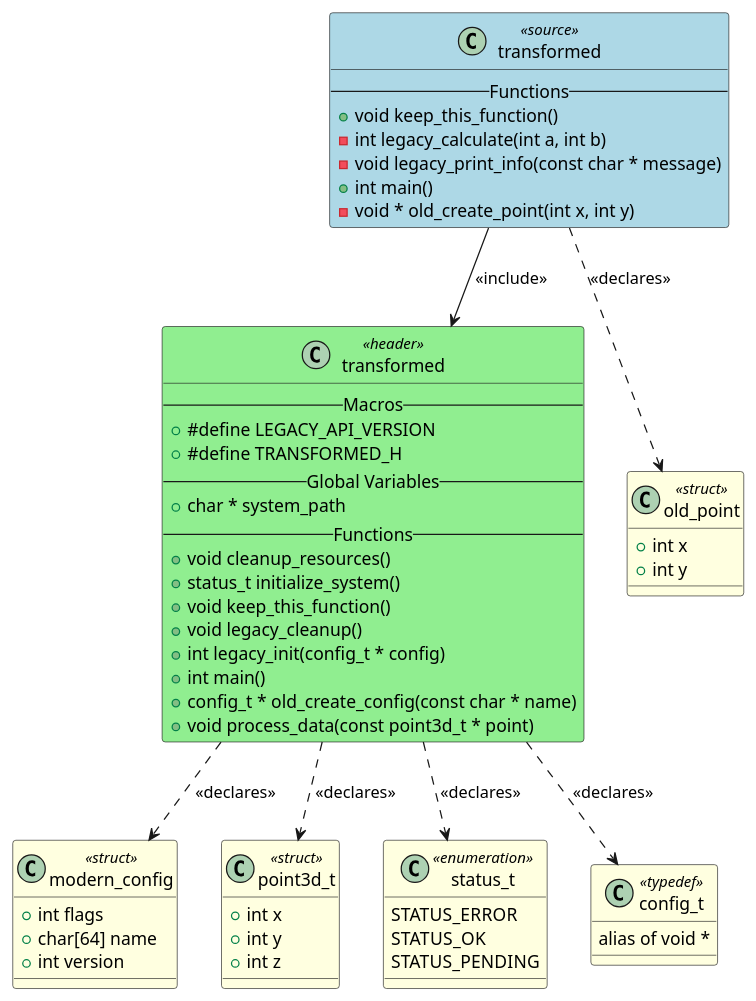
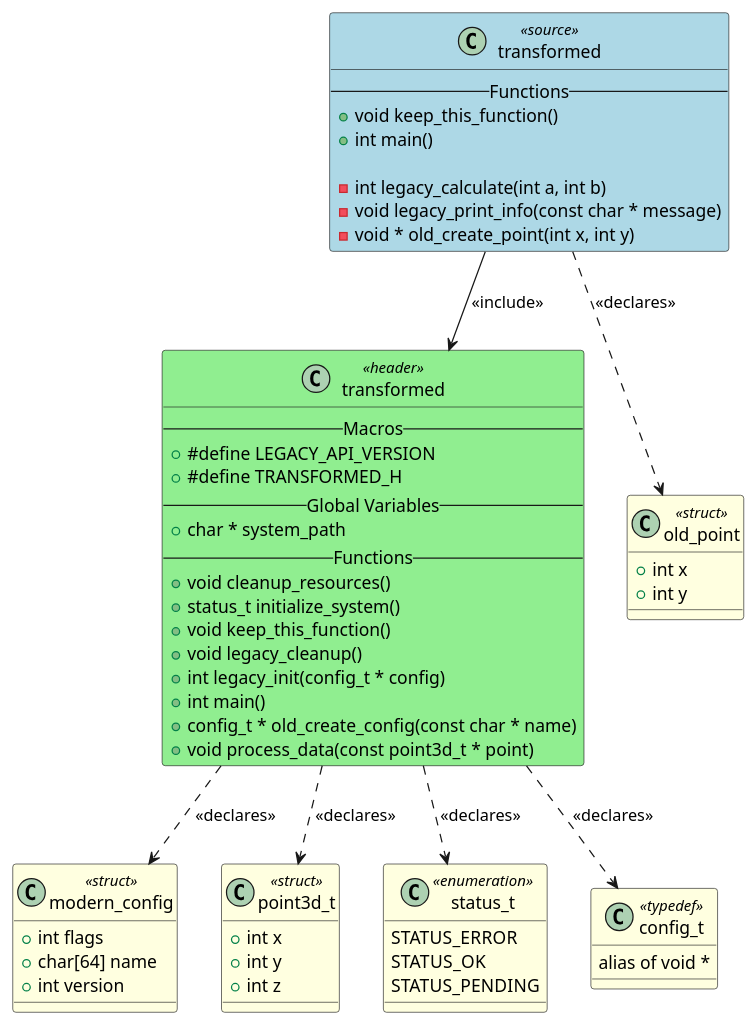
Before and after one commit to fischerjooo/c2puml: the diagram in artifacts/output_example/transformed.puml, drawn with PlantUML. The commit also changed 10 other files, not shown here.

Commit message:
Implement public/private grouping with empty line separator in PlantUML generator

```diff
--- a/artifacts/output_example/transformed.puml
+++ b/artifacts/output_example/transformed.puml
@@ -1,76 +1,77 @@
 @startuml transformed
 
 class "transformed" as TRANSFORMED <<source>> #LightBlue
 {
     -- Functions --
     + void keep_this_function()
+    + int main()
+
     - int legacy_calculate(int a, int b)
     - void legacy_print_info(const char * message)
-    + int main()
     - void * old_create_point(int x, int y)
 }
 
 class "transformed" as HEADER_TRANSFORMED <<header>> #LightGreen
 {
     -- Macros --
     + #define LEGACY_API_VERSION
     + #define TRANSFORMED_H
     -- Global Variables --
     + char * system_path
     -- Functions --
     + void cleanup_resources()
     + status_t initialize_system()
     + void keep_this_function()
     + void legacy_cleanup()
     + int legacy_init(config_t * config)
     + int main()
     + config_t * old_create_config(const char * name)
     + void process_data(const point3d_t * point)
 }
 
 class "old_point" as TYPEDEF_OLD_POINT <<struct>> #LightYellow
 {
     + int x
     + int y
 }
 
 class "modern_config" as TYPEDEF_MODERN_CONFIG <<struct>> #LightYellow
 {
     + int flags
     + char[64] name
     + int version
 }
 
 class "point3d_t" as TYPEDEF_POINT3D_T <<struct>> #LightYellow
 {
     + int x
     + int y
     + int z
 }
 
 class "status_t" as TYPEDEF_STATUS_T <<enumeration>> #LightYellow
 {
     STATUS_ERROR
     STATUS_OK
     STATUS_PENDING
 }
 
 class "config_t" as TYPEDEF_CONFIG_T <<typedef>> #LightYellow
 {
     alias of void *
 }
 
 
 ' Include relationships
 TRANSFORMED --> HEADER_TRANSFORMED : <<include>>
 
 ' Declaration relationships
 TRANSFORMED ..> TYPEDEF_OLD_POINT : <<declares>>
 HEADER_TRANSFORMED ..> TYPEDEF_MODERN_CONFIG : <<declares>>
 HEADER_TRANSFORMED ..> TYPEDEF_POINT3D_T : <<declares>>
 HEADER_TRANSFORMED ..> TYPEDEF_STATUS_T : <<declares>>
 HEADER_TRANSFORMED ..> TYPEDEF_CONFIG_T : <<declares>>
 
 ' Uses relationships
 
 @enduml
```
